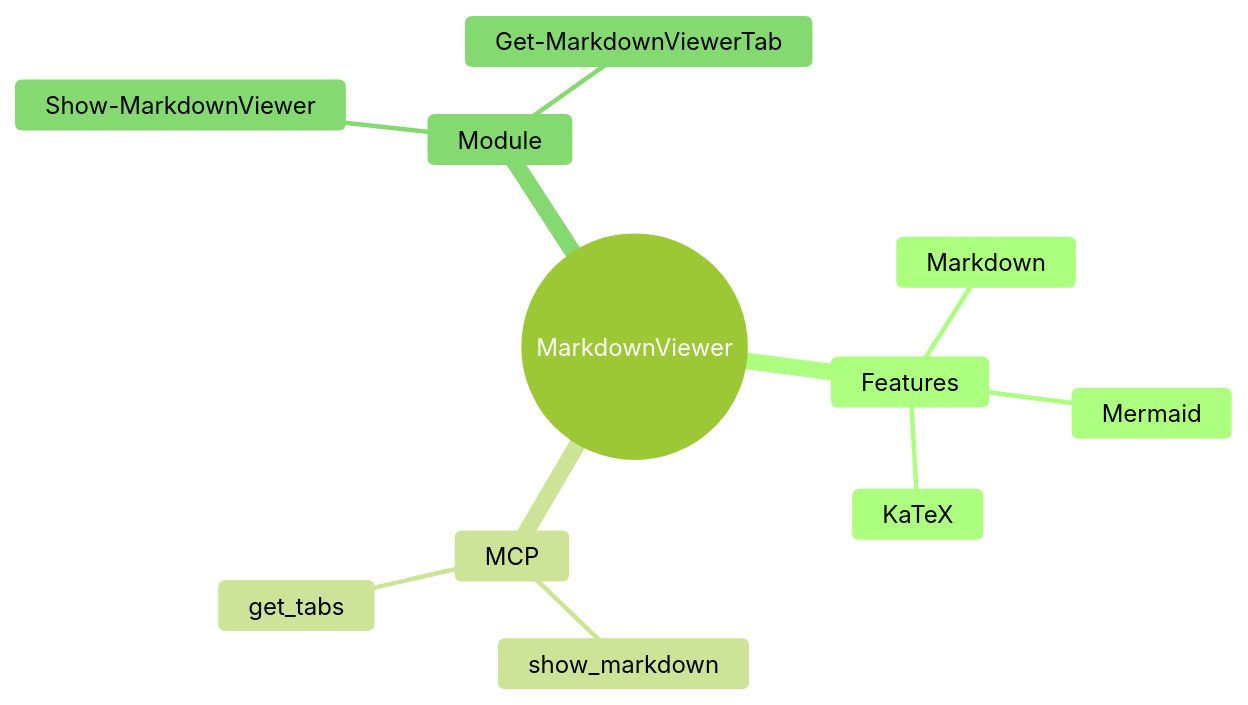
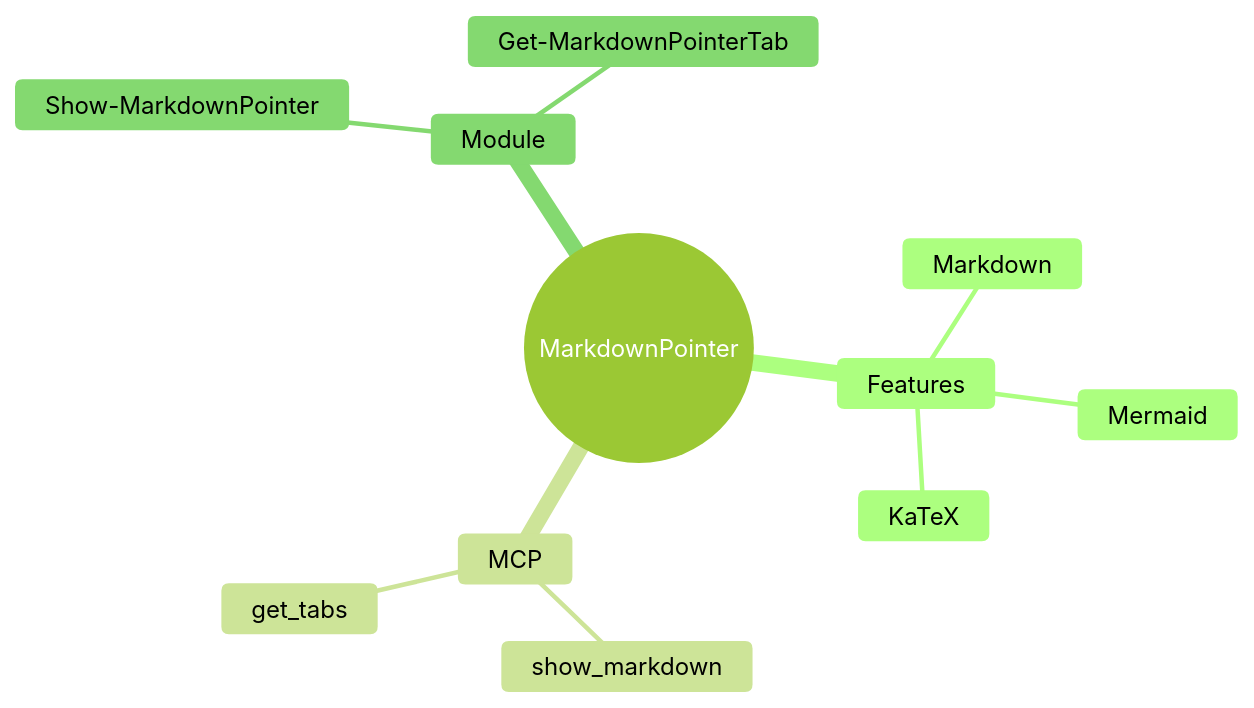
Before and after one commit to yotsuda/MarkdownPointer: the tenth of 12 diagrams in test-mermaid-pointing.md, drawn with Mermaid (forest theme). The commit also changed 66 other files, not shown here.

Commit message:
Rename project from MarkdownViewer to MarkdownPointer

````diff
--- a/test-mermaid-pointing.md
+++ b/test-mermaid-pointing.md
@@ -125,14 +125,14 @@
 ```mermaid
 mindmap
-    root((MarkdownViewer))
+    root((MarkdownPointer))
         Features
             Markdown
             Mermaid
             KaTeX
         MCP
             show_markdown
             get_tabs
         Module
-            Show-MarkdownViewer
-            Get-MarkdownViewerTab
+            Show-MarkdownPointer
+            Get-MarkdownPointerTab
 ```
````
